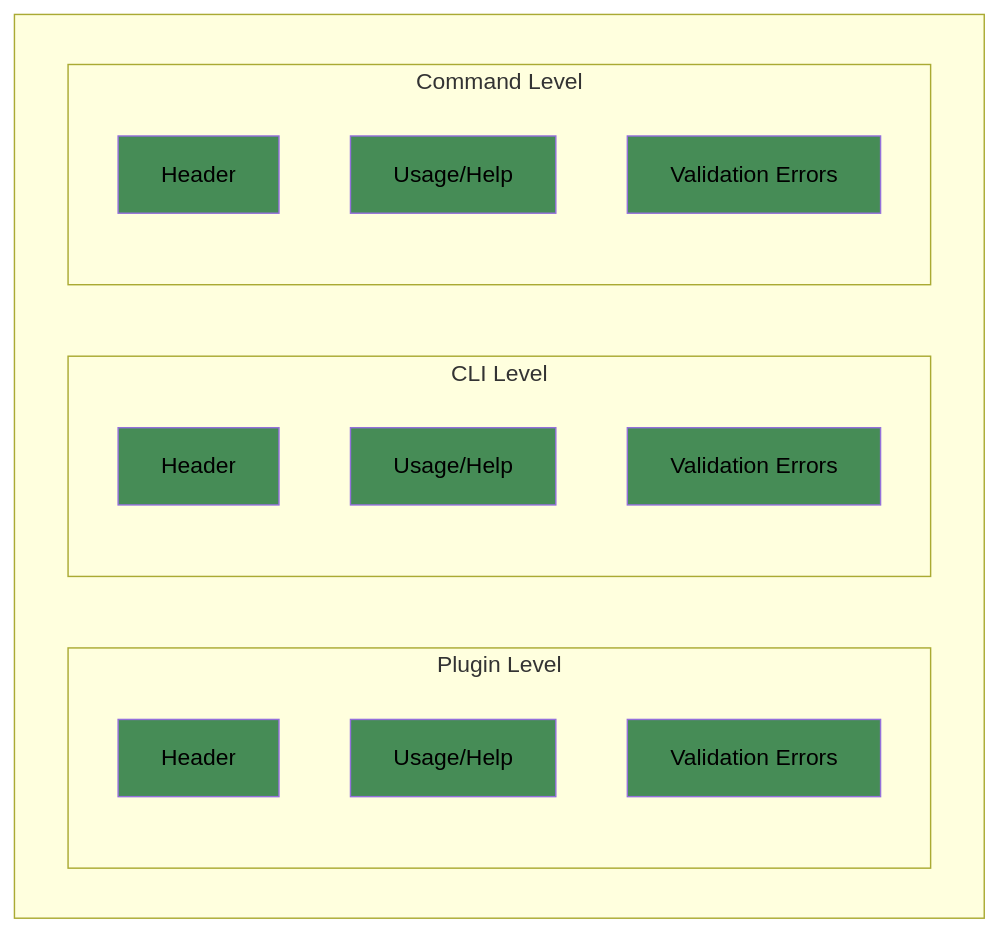
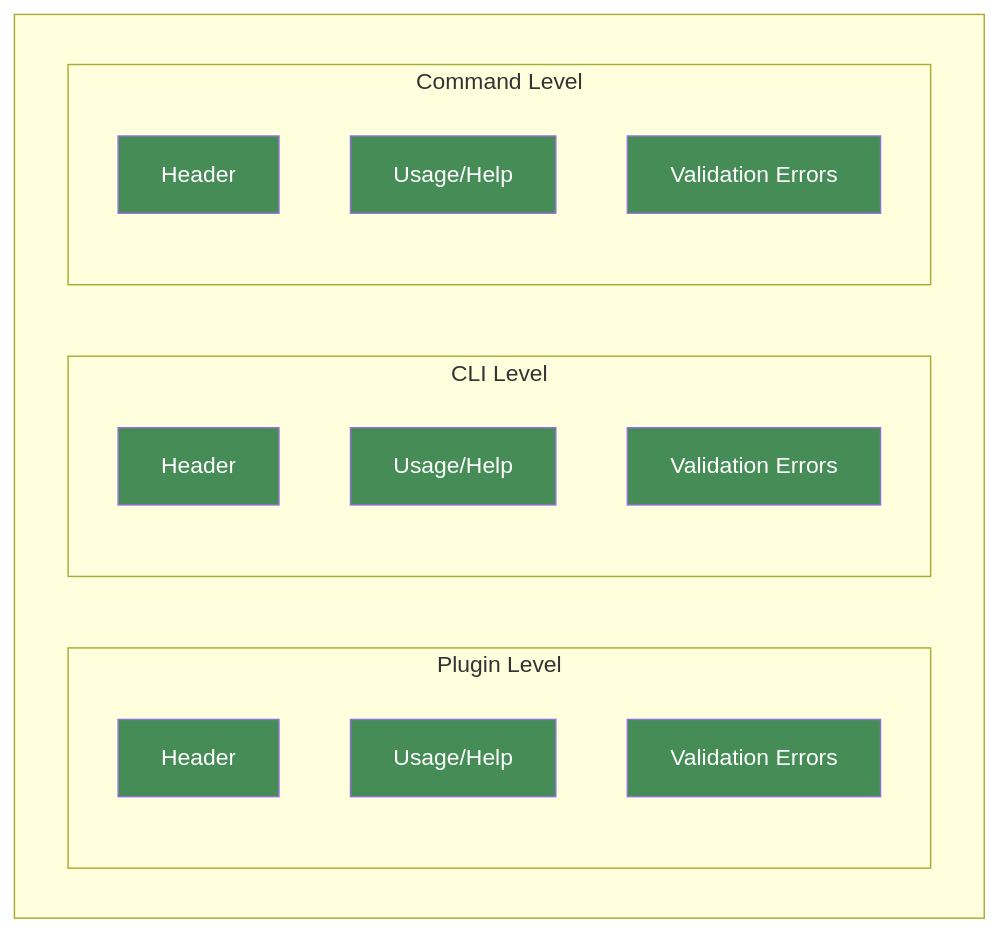
The first of 3 diagrams in packages/docs/src/guide/advanced/rendering-customization.md (kazupon/gunshi), drawn with Mermaid before and after one commit. The commit also changed other lines of this file and 1 other file, not shown here.

Commit message:
docs: tweak mermaid styles

````diff
--- a/packages/docs/src/guide/advanced/rendering-customization.md
+++ b/packages/docs/src/guide/advanced/rendering-customization.md
@@ -9,30 +9,30 @@
 ```mermaid
 graph TB
     subgraph " "
         subgraph "Plugin Level"
             PH[Header]
             PU[Usage/Help]
             PE[Validation Errors]
         end
         subgraph "CLI Level"
             CLH[Header]
             CLU[Usage/Help]
             CLE[Validation Errors]
         end
         subgraph "Command Level"
             CH[Header]
             CU[Usage/Help]
             CE[Validation Errors]
         end
     end
 
-    style CH fill:#468c56,color:#000000
-    style CU fill:#468c56,color:#000000
-    style CE fill:#468c56,color:#000000
-    style CLH fill:#468c56,color:#000000
-    style CLU fill:#468c56,color:#000000
-    style CLE fill:#468c56,color:#000000
-    style PH fill:#468c56,color:#000000
-    style PU fill:#468c56,color:#000000
-    style PE fill:#468c56,color:#000000
+    style CH fill:#468c56,color:white
+    style CU fill:#468c56,color:white
+    style CE fill:#468c56,color:white
+    style CLH fill:#468c56,color:white
+    style CLU fill:#468c56,color:white
+    style CLE fill:#468c56,color:white
+    style PH fill:#468c56,color:white
+    style PU fill:#468c56,color:white
+    style PE fill:#468c56,color:white
 ```
````
